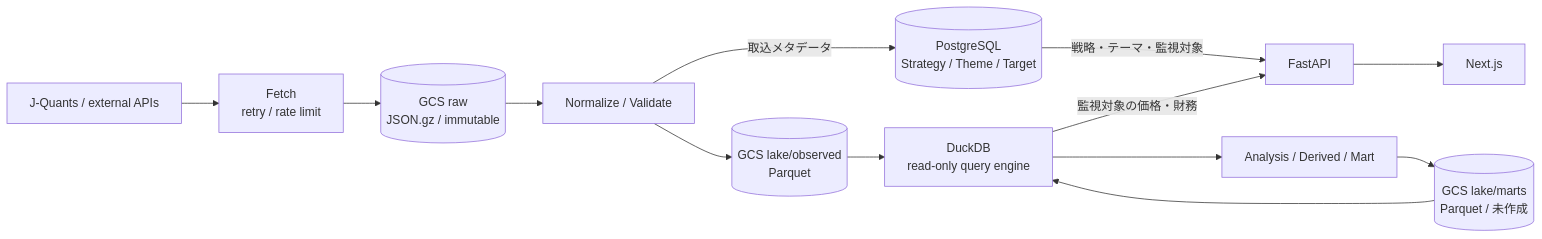
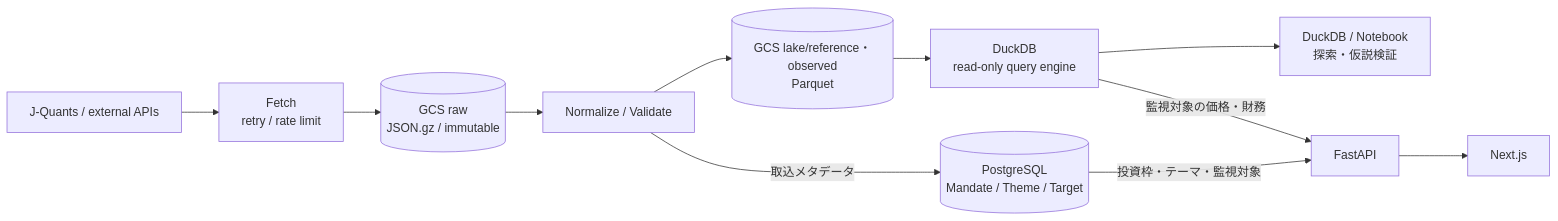
One commit to 3110mmn/invest-monitoring-platform changed the diagram in docs/data/design-principles.md. Above: the diagram before and after it, drawn with Mermaid. The commit also changed other lines of this file and 105 other files, not shown here.

````diff
--- a/docs/data/design-principles.md
+++ b/docs/data/design-principles.md
@@ -82,26 +101,23 @@
 ```mermaid
 flowchart LR
     Sources["J-Quants / external APIs"]
     Fetch["Fetch<br/>retry / rate limit"]
     Raw[("GCS raw<br/>JSON.gz / immutable")]
     Transform["Normalize / Validate"]
-    AppDB[("PostgreSQL<br/>Strategy / Theme / Target")]
-    Observed[("GCS lake/observed<br/>Parquet")]
+    AppDB[("PostgreSQL<br/>Mandate / Theme / Target")]
+    Observed[("GCS lake/reference・observed<br/>Parquet")]
     DuckDB["DuckDB<br/>read-only query engine"]
-    Analysis["Analysis / Derived / Mart"]
-    Marts[("GCS lake/marts<br/>Parquet / 未作成")]
+    Explore["DuckDB / Notebook<br/>探索・仮説検証"]
     API["FastAPI"]
     Web["Next.js"]
 
     Sources --> Fetch --> Raw
     Raw --> Transform
     Transform --> Observed
     Transform -->|"取込メタデータ"| AppDB
-    AppDB -->|"戦略・テーマ・監視対象"| API
+    AppDB -->|"投資枠・テーマ・監視対象"| API
     Observed --> DuckDB
     DuckDB -->|"監視対象の価格・財務"| API
     API --> Web
-    DuckDB --> Analysis
-    Analysis --> Marts
-    Marts --> DuckDB
+    DuckDB --> Explore
 ```
````
